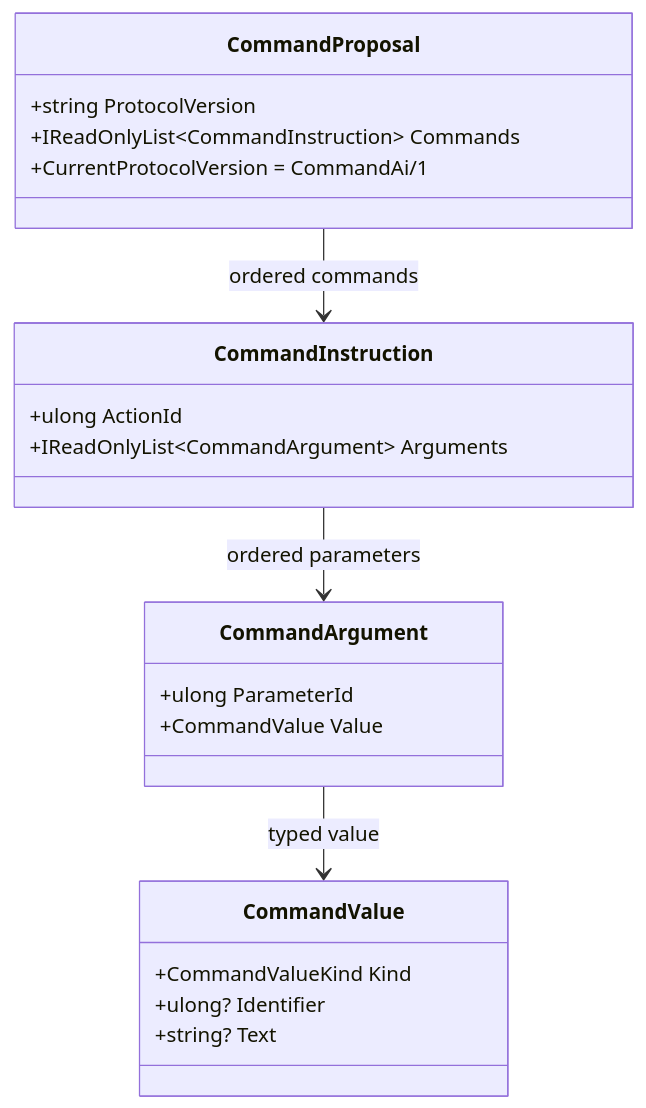
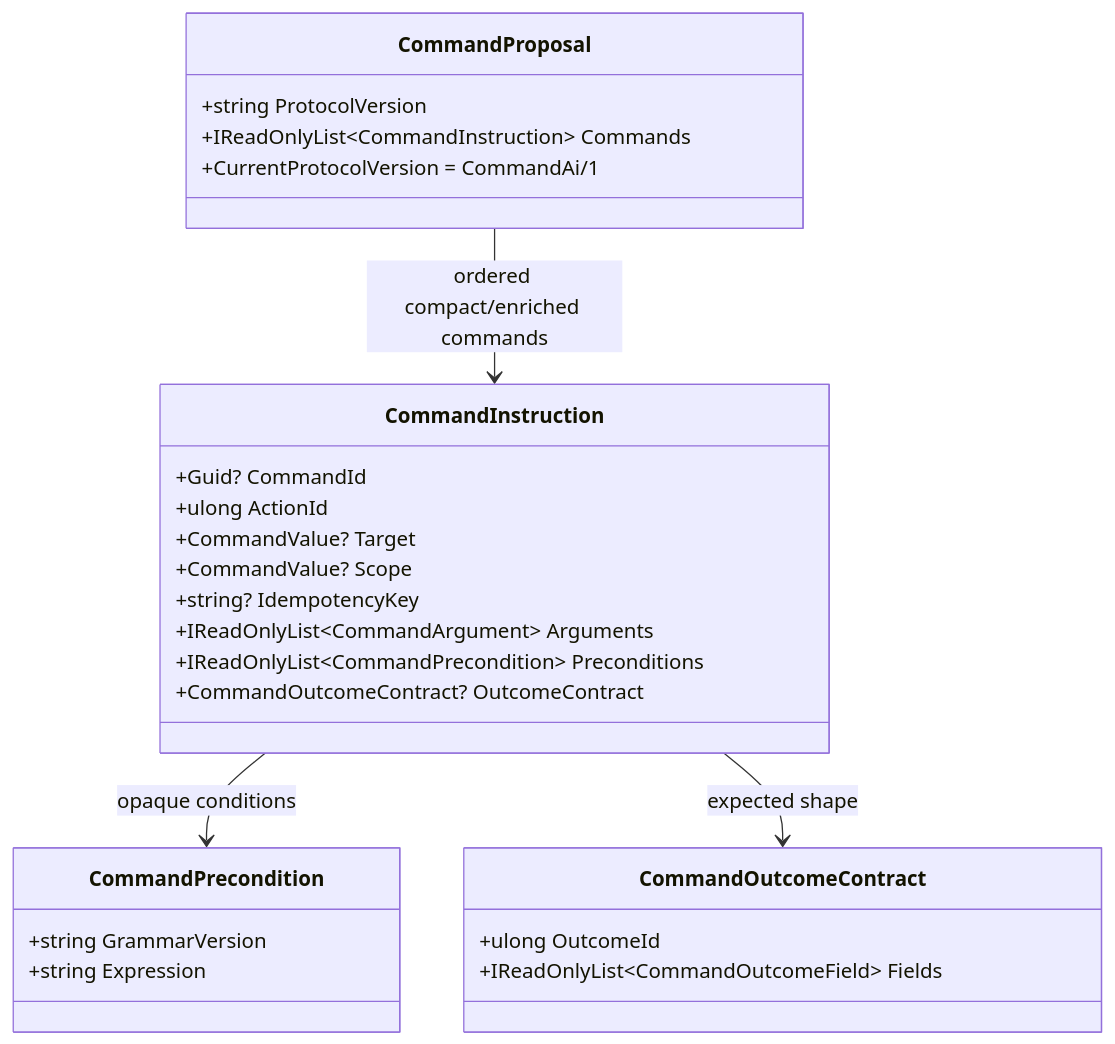
Before and after one commit to TrentBest/TheSingularityWorkshop.CommandAi: the diagram in docs/UML/CommandProposalUML.md, drawn with Mermaid. The commit also changed other lines of this file, not shown here.

Commit message:
docs: align AI ownership and UML with enriched v1

```diff
--- a/docs/UML/CommandProposalUML.md
+++ b/docs/UML/CommandProposalUML.md
@@ -10,24 +10,29 @@
 ~~~mermaid
 classDiagram
   class CommandProposal {
     +string ProtocolVersion
     +IReadOnlyList~CommandInstruction~ Commands
     +CurrentProtocolVersion = CommandAi/1
   }
   class CommandInstruction {
+    +Guid? CommandId
     +ulong ActionId
+    +CommandValue? Target
+    +CommandValue? Scope
+    +string? IdempotencyKey
     +IReadOnlyList~CommandArgument~ Arguments
+    +IReadOnlyList~CommandPrecondition~ Preconditions
+    +CommandOutcomeContract? OutcomeContract
   }
-  class CommandArgument {
-    +ulong ParameterId
-    +CommandValue Value
+  class CommandPrecondition {
+    +string GrammarVersion
+    +string Expression
   }
-  class CommandValue {
-    +CommandValueKind Kind
-    +ulong? Identifier
-    +string? Text
+  class CommandOutcomeContract {
+    +ulong OutcomeId
+    +IReadOnlyList~CommandOutcomeField~ Fields
   }
-  CommandProposal --> CommandInstruction : ordered commands
-  CommandInstruction --> CommandArgument : ordered parameters
-  CommandArgument --> CommandValue : typed value
+  CommandProposal --> CommandInstruction : ordered compact/enriched commands
+  CommandInstruction --> CommandPrecondition : opaque conditions
+  CommandInstruction --> CommandOutcomeContract : expected shape
 ~~~
```
